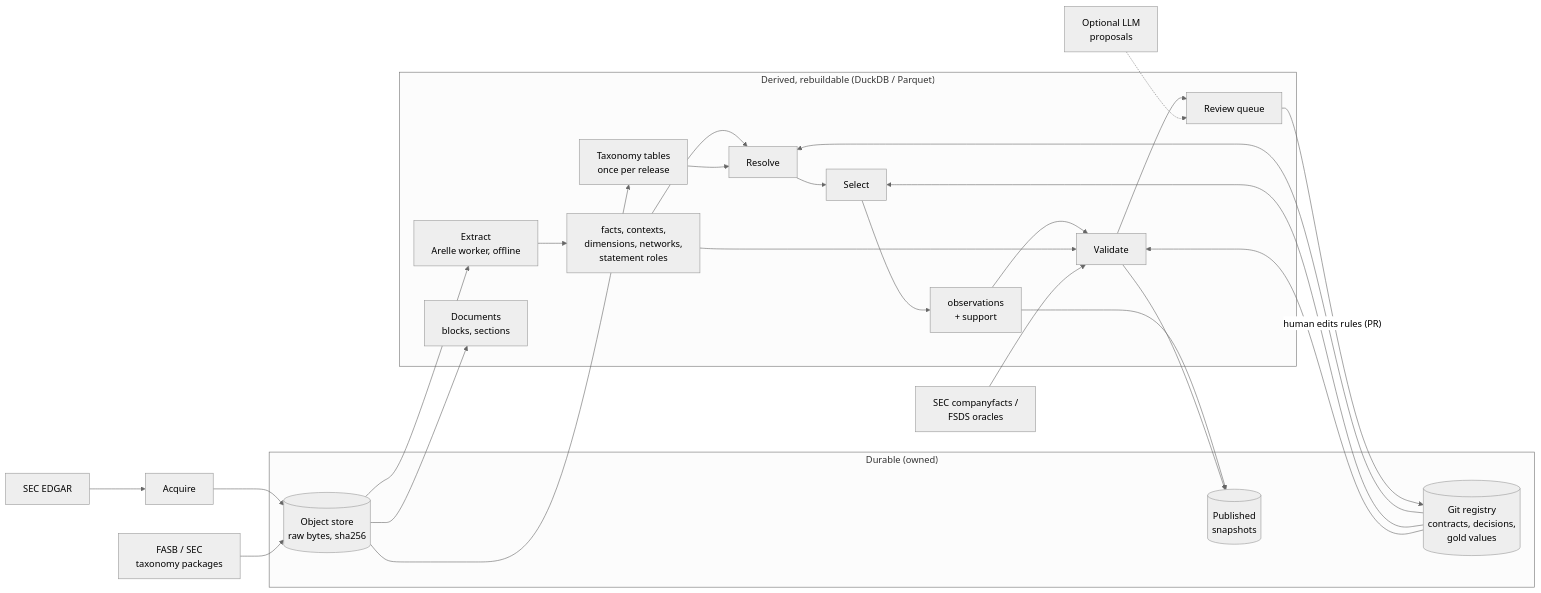
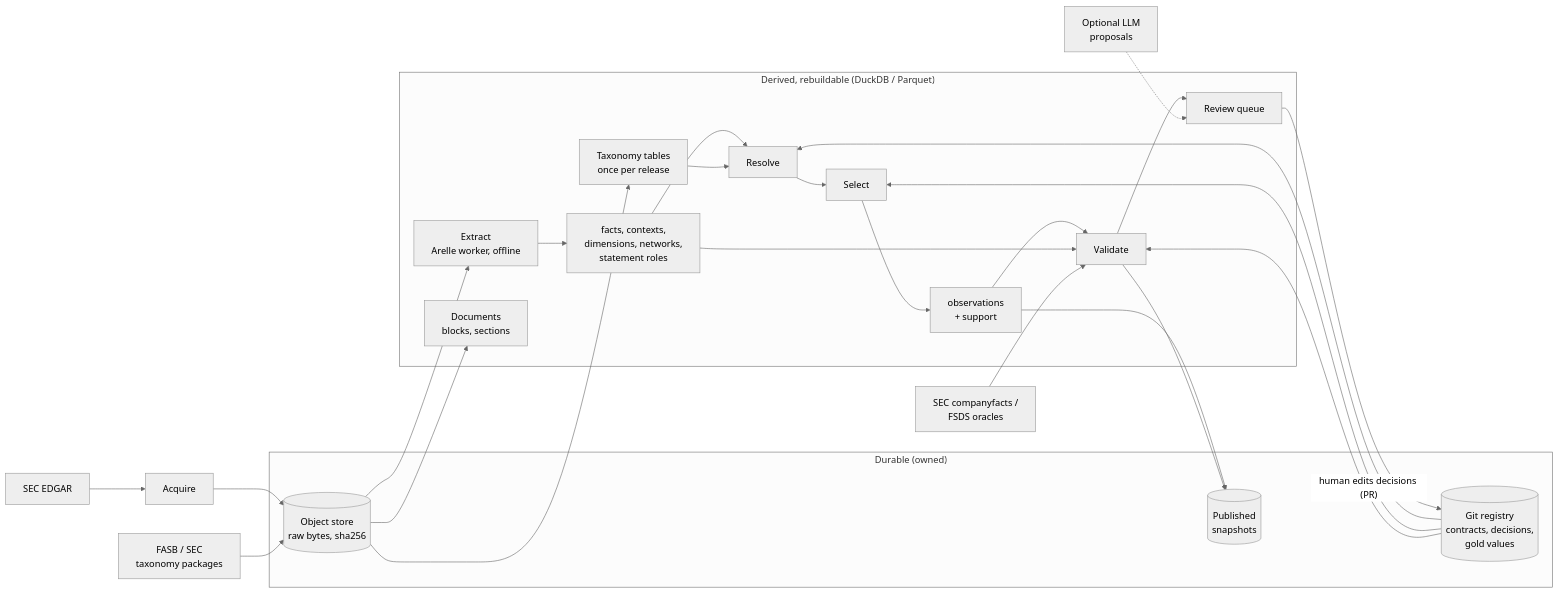
The diagram in docs/assessment-2026-09/04-target-architecture.md (HagbardCel/edgar), drawn with Mermaid (neutral theme) before and after one commit. The commit also changed other lines of this file and 18 other files, not shown here.

````diff
--- a/docs/assessment-2026-09/04-target-architecture.md
+++ b/docs/assessment-2026-09/04-target-architecture.md
@@ -37,42 +37,42 @@
 ```mermaid
 flowchart LR
   SEC[SEC EDGAR]
   TAXSRC[FASB / SEC<br/>taxonomy packages]
   ORA[SEC companyfacts /<br/>FSDS oracles]
   LLM[Optional LLM<br/>proposals]
   subgraph Durable["Durable (owned)"]
     OBJ[(Object store<br/>raw bytes, sha256)]
     GIT[(Git registry<br/>contracts, decisions,<br/>gold values)]
     PUB[(Published<br/>snapshots)]
   end
   subgraph Derived["Derived, rebuildable (DuckDB / Parquet)"]
     EXT[Extract<br/>Arelle worker, offline]
     TAX[Taxonomy tables<br/>once per release]
     DOC[Documents<br/>blocks, sections]
     FACTS[facts, contexts,<br/>dimensions, networks,<br/>statement roles]
     RES[Resolve]
     SEL[Select]
     OBS[observations<br/>+ support]
     VAL[Validate]
     Q[Review queue]
   end
   SEC --> ACQ[Acquire] --> OBJ
   TAXSRC --> OBJ
   OBJ --> EXT --> FACTS
   OBJ --> TAX
   OBJ --> DOC
   FACTS --> RES
   TAX --> RES
   GIT --> RES
   RES --> SEL
   GIT --> SEL
   SEL --> OBS --> VAL
   FACTS --> VAL
   ORA --> VAL
   GIT --> VAL
   VAL --> Q
   LLM -.-> Q
-  Q -- "human edits rules (PR)" --> GIT
+  Q -- "human edits decisions (PR)" --> GIT
   OBS --> PUB
   VAL --> PUB
 ```
````
